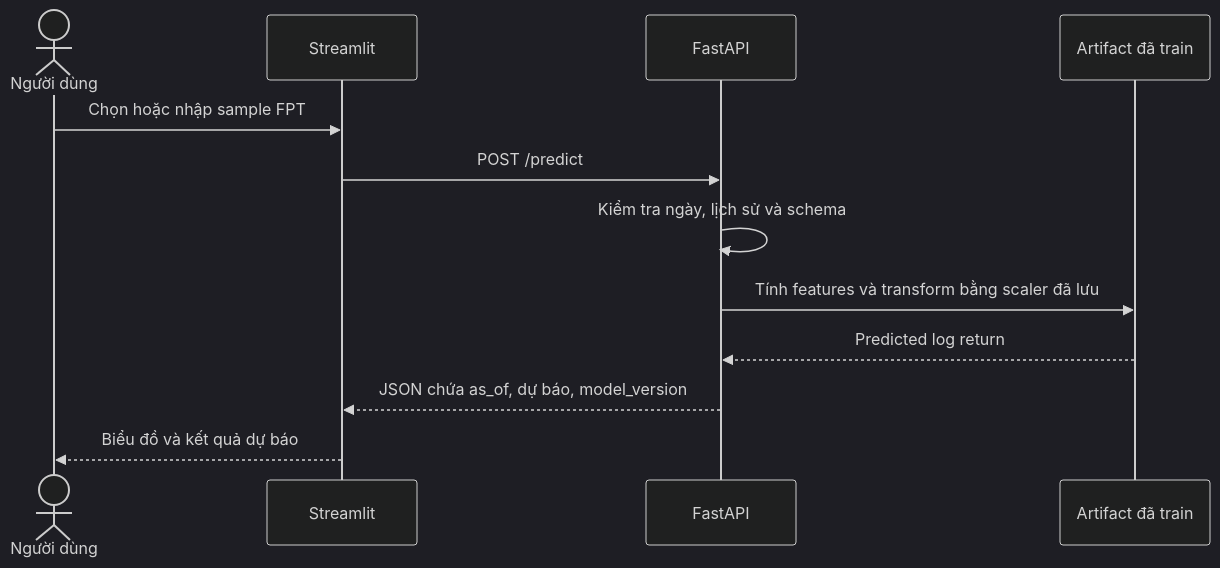
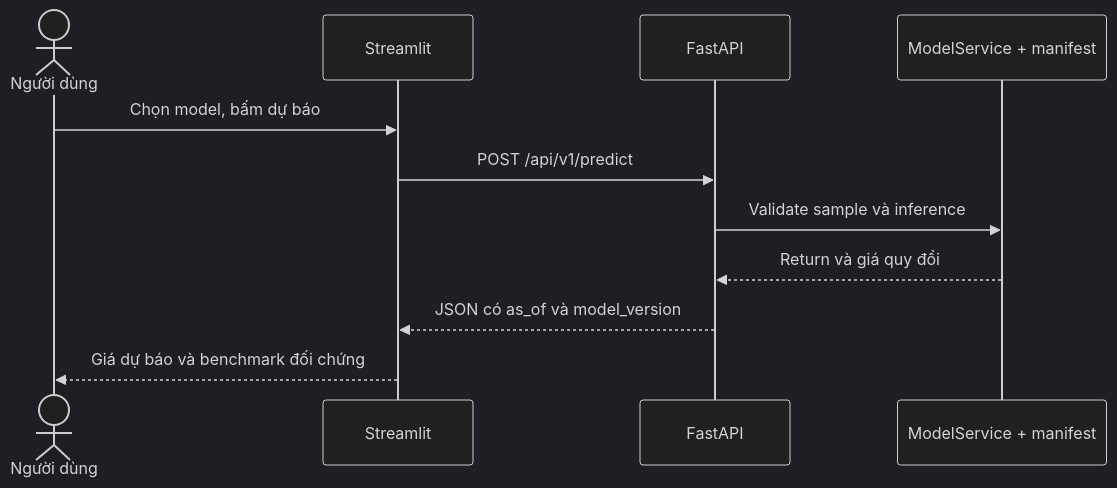
The third of 3 diagrams in README.md (PhucTruong11/FPT_Stock_Forecasting), drawn with Mermaid (dark theme) before and after one commit. The commit also changed other lines of this file and 54 other files, not shown here.

Commit message:
Complete FPT v2 pipeline with API UI and reproducible Colab workflow

````diff
--- a/README.md
+++ b/README.md
@@ -147,14 +139,13 @@
 ```mermaid
 sequenceDiagram
     actor User as Người dùng
     participant UI as Streamlit
     participant API as FastAPI
-    participant Model as Artifact đã train
-    User->>UI: Chọn hoặc nhập sample FPT
-    UI->>API: POST /predict
-    API->>API: Kiểm tra ngày, lịch sử và schema
-    API->>Model: Tính features và transform bằng scaler đã lưu
-    Model-->>API: Predicted log return
-    API-->>UI: JSON chứa as_of, dự báo, model_version
-    UI-->>User: Biểu đồ và kết quả dự báo
+    participant M as ModelService + manifest
+    User->>UI: Chọn model, bấm dự báo
+    UI->>API: POST /api/v1/predict
+    API->>M: Validate sample và inference
+    M-->>API: Return và giá quy đổi
+    API-->>UI: JSON có as_of và model_version
+    UI-->>User: Giá dự báo và benchmark đối chứng
 ```
````
